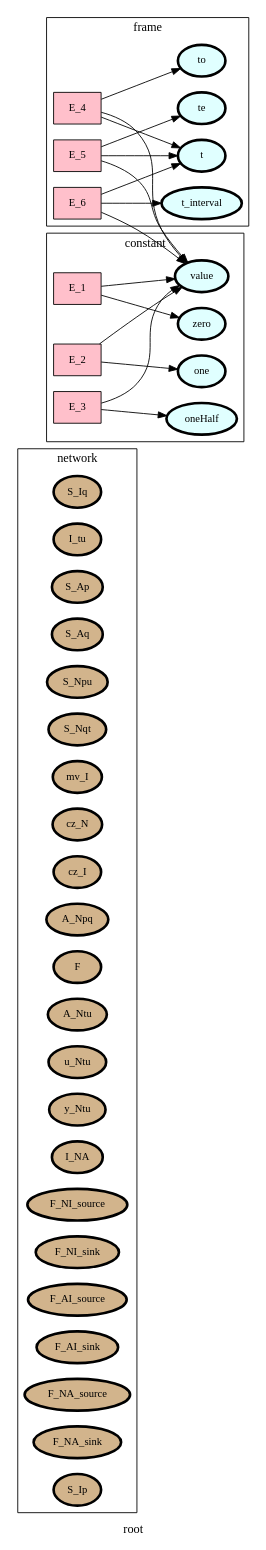
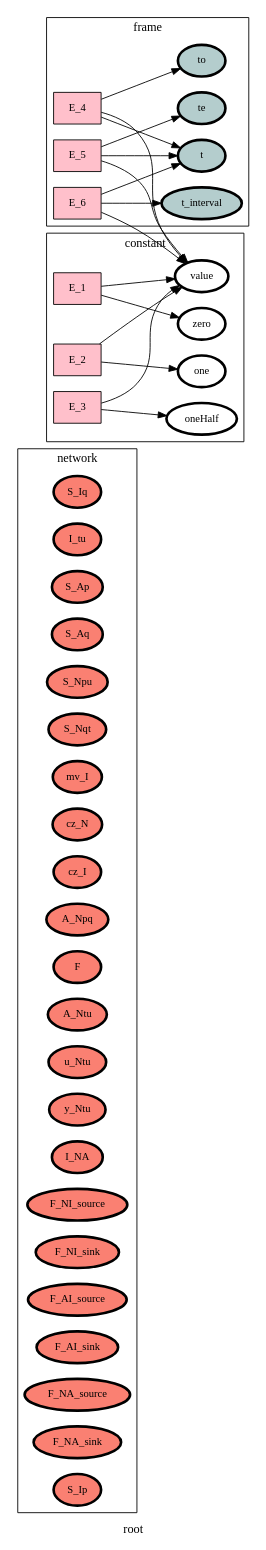
Before and after one commit to heinz-preisig/processes_000_HAP: the diagram in ontology_graphs/graph__root.dot, drawn with Graphviz. The commit also changed 93 other files, not shown here.

```diff
--- a/ontology_graphs/graph__root.dot
+++ b/ontology_graphs/graph__root.dot
@@ -1,75 +1,75 @@
 digraph root {
 label=root;
 rankdir=LR;
 subgraph cluster_root___network {
 label=network;
 rankdir=LR;
-V_10 [fillcolor=tan, fontsize=12, label=S_Iq, penwidth=3, style=filled];
-V_11 [fillcolor=tan, fontsize=12, label=I_tu, penwidth=3, style=filled];
-V_12 [fillcolor=tan, fontsize=12, label=S_Ap, penwidth=3, style=filled];
-V_13 [fillcolor=tan, fontsize=12, label=S_Aq, penwidth=3, style=filled];
-V_14 [fillcolor=tan, fontsize=12, label=S_Npu, penwidth=3, style=filled];
-V_15 [fillcolor=tan, fontsize=12, label=S_Nqt, penwidth=3, style=filled];
-V_16 [fillcolor=tan, fontsize=12, label=mv_I, penwidth=3, style=filled];
-V_17 [fillcolor=tan, fontsize=12, label=cz_N, penwidth=3, style=filled];
-V_18 [fillcolor=tan, fontsize=12, label=cz_I, penwidth=3, style=filled];
-V_19 [fillcolor=tan, fontsize=12, label=A_Npq, penwidth=3, style=filled];
-V_2 [fillcolor=tan, fontsize=12, label=F, penwidth=3, style=filled];
-V_20 [fillcolor=tan, fontsize=12, label=A_Ntu, penwidth=3, style=filled];
-V_21 [fillcolor=tan, fontsize=12, label=u_Ntu, penwidth=3, style=filled];
-V_22 [fillcolor=tan, fontsize=12, label=y_Ntu, penwidth=3, style=filled];
-V_27 [fillcolor=tan, fontsize=12, label=I_NA, penwidth=3, style=filled];
-V_3 [fillcolor=tan, fontsize=12, label=F_NI_source, penwidth=3, style=filled];
-V_4 [fillcolor=tan, fontsize=12, label=F_NI_sink, penwidth=3, style=filled];
-V_5 [fillcolor=tan, fontsize=12, label=F_AI_source, penwidth=3, style=filled];
-V_6 [fillcolor=tan, fontsize=12, label=F_AI_sink, penwidth=3, style=filled];
-V_7 [fillcolor=tan, fontsize=12, label=F_NA_source, penwidth=3, style=filled];
-V_8 [fillcolor=tan, fontsize=12, label=F_NA_sink, penwidth=3, style=filled];
-V_9 [fillcolor=tan, fontsize=12, label=S_Ip, penwidth=3, style=filled];
+V_10 [fillcolor=salmon, fontsize=12, label=S_Iq, penwidth=3, style=filled];
+V_11 [fillcolor=salmon, fontsize=12, label=I_tu, penwidth=3, style=filled];
+V_12 [fillcolor=salmon, fontsize=12, label=S_Ap, penwidth=3, style=filled];
+V_13 [fillcolor=salmon, fontsize=12, label=S_Aq, penwidth=3, style=filled];
+V_14 [fillcolor=salmon, fontsize=12, label=S_Npu, penwidth=3, style=filled];
+V_15 [fillcolor=salmon, fontsize=12, label=S_Nqt, penwidth=3, style=filled];
+V_16 [fillcolor=salmon, fontsize=12, label=mv_I, penwidth=3, style=filled];
+V_17 [fillcolor=salmon, fontsize=12, label=cz_N, penwidth=3, style=filled];
+V_18 [fillcolor=salmon, fontsize=12, label=cz_I, penwidth=3, style=filled];
+V_19 [fillcolor=salmon, fontsize=12, label=A_Npq, penwidth=3, style=filled];
+V_2 [fillcolor=salmon, fontsize=12, label=F, penwidth=3, style=filled];
+V_20 [fillcolor=salmon, fontsize=12, label=A_Ntu, penwidth=3, style=filled];
+V_21 [fillcolor=salmon, fontsize=12, label=u_Ntu, penwidth=3, style=filled];
+V_22 [fillcolor=salmon, fontsize=12, label=y_Ntu, penwidth=3, style=filled];
+V_27 [fillcolor=salmon, fontsize=12, label=I_NA, penwidth=3, style=filled];
+V_3 [fillcolor=salmon, fontsize=12, label=F_NI_source, penwidth=3, style=filled];
+V_4 [fillcolor=salmon, fontsize=12, label=F_NI_sink, penwidth=3, style=filled];
+V_5 [fillcolor=salmon, fontsize=12, label=F_AI_source, penwidth=3, style=filled];
+V_6 [fillcolor=salmon, fontsize=12, label=F_AI_sink, penwidth=3, style=filled];
+V_7 [fillcolor=salmon, fontsize=12, label=F_NA_source, penwidth=3, style=filled];
+V_8 [fillcolor=salmon, fontsize=12, label=F_NA_sink, penwidth=3, style=filled];
+V_9 [fillcolor=salmon, fontsize=12, label=S_Ip, penwidth=3, style=filled];
 }
 
 E_4 -> V_1  [splines=ortho];
 E_4 -> V_101  [splines=ortho];
 E_5 -> V_1  [splines=ortho];
 E_5 -> V_101  [splines=ortho];
 E_6 -> V_1  [splines=ortho];
 E_6 -> V_101  [splines=ortho];
 subgraph cluster_root___frame {
 label=frame;
 rankdir=LR;
-V_1 [fillcolor=lightcyan, fontsize=12, label=t, penwidth=3, style=filled];
-V_105 [fillcolor=lightcyan, fontsize=12, label=to, penwidth=3, style=filled];
-V_106 [fillcolor=lightcyan, fontsize=12, label=te, penwidth=3, style=filled];
-V_107 [fillcolor=lightcyan, fontsize=12, label=t_interval, penwidth=3, style=filled];
+V_1 [fillcolor=lightcyan3, fontsize=12, label=t, penwidth=3, style=filled];
+V_105 [fillcolor=lightcyan3, fontsize=12, label=to, penwidth=3, style=filled];
+V_106 [fillcolor=lightcyan3, fontsize=12, label=te, penwidth=3, style=filled];
+V_107 [fillcolor=lightcyan3, fontsize=12, label=t_interval, penwidth=3, style=filled];
 E_4 [fillcolor=pink, fontsize=12, shape=box, style=filled];
 E_4 -> V_105  [splines=ortho];
 E_5 [fillcolor=pink, fontsize=12, shape=box, style=filled];
 E_5 -> V_106  [splines=ortho];
 E_6 [fillcolor=pink, fontsize=12, shape=box, style=filled];
 E_6 -> V_107  [splines=ortho];
 }
 
 subgraph cluster_root___state {
 label=state;
 rankdir=LR;
 }
 
 E_1 -> V_101  [splines=ortho];
 E_2 -> V_101  [splines=ortho];
 E_3 -> V_101  [splines=ortho];
 subgraph cluster_root___constant {
 label=constant;
 rankdir=LR;
-V_101 [fillcolor=lightcyan1, fontsize=12, label=value, penwidth=3, style=filled];
-V_102 [fillcolor=lightcyan1, fontsize=12, label=zero, penwidth=3, style=filled];
-V_103 [fillcolor=lightcyan1, fontsize=12, label=one, penwidth=3, style=filled];
-V_104 [fillcolor=lightcyan1, fontsize=12, label=oneHalf, penwidth=3, style=filled];
+V_101 [fillcolor=white, fontsize=12, label=value, penwidth=3, style=filled];
+V_102 [fillcolor=white, fontsize=12, label=zero, penwidth=3, style=filled];
+V_103 [fillcolor=white, fontsize=12, label=one, penwidth=3, style=filled];
+V_104 [fillcolor=white, fontsize=12, label=oneHalf, penwidth=3, style=filled];
 E_1 [fillcolor=pink, fontsize=12, shape=box, style=filled];
 E_1 -> V_102  [splines=ortho];
 E_2 [fillcolor=pink, fontsize=12, shape=box, style=filled];
 E_2 -> V_103  [splines=ortho];
 E_3 [fillcolor=pink, fontsize=12, shape=box, style=filled];
 E_3 -> V_104  [splines=ortho];
 }
 
 }
```
